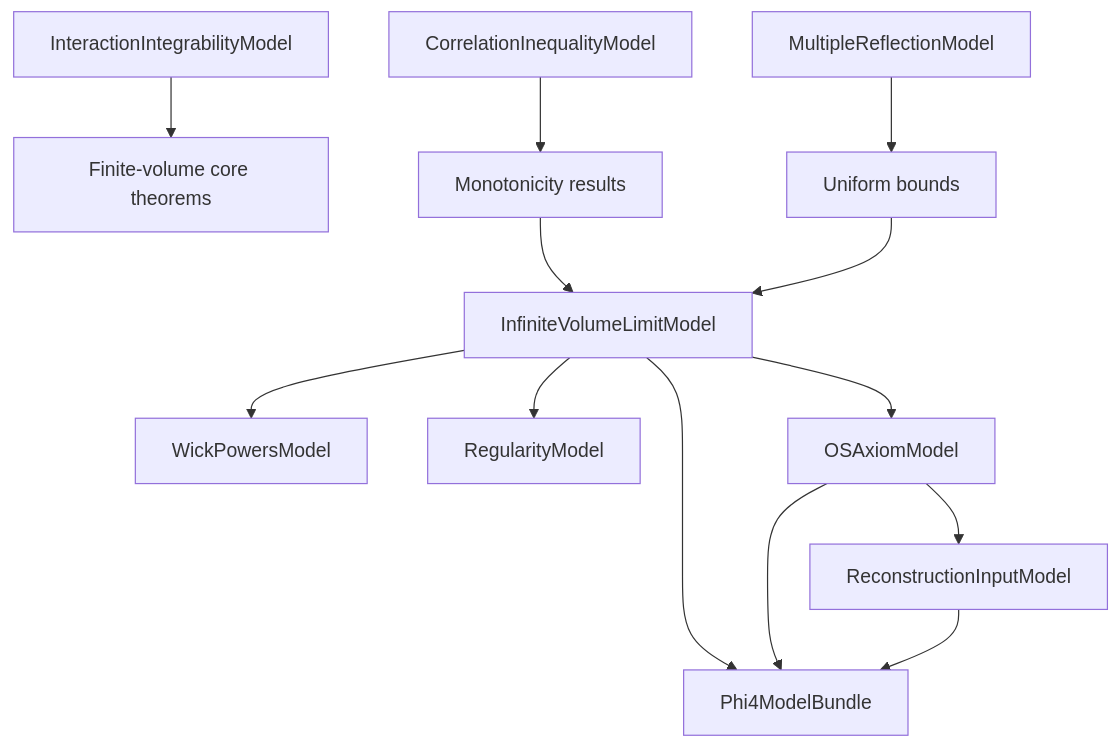
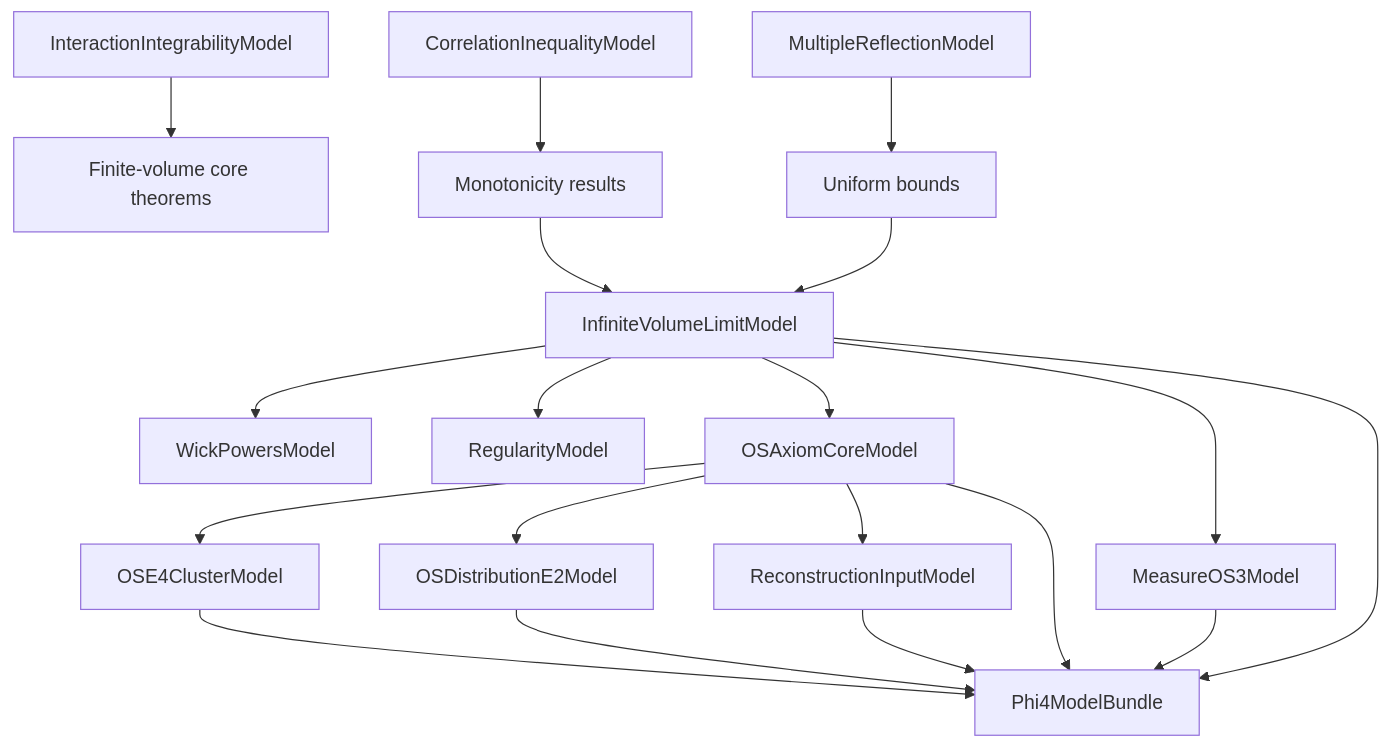
The third of 3 diagrams in TODO.md (xiyin137/Phi4), drawn with Mermaid before and after one commit. The commit also changed other lines of this file and 1 other file, not shown here.

````diff
--- a/TODO.md
+++ b/TODO.md
@@ -62,15 +65,21 @@
 ```mermaid
 flowchart TD
   IIM[InteractionIntegrabilityModel] --> FVMCore[Finite-volume core theorems]
   CIM[CorrelationInequalityModel] --> Mono[Monotonicity results]
   MRM[MultipleReflectionModel] --> UB[Uniform bounds]
   Mono --> IVLM[InfiniteVolumeLimitModel]
   UB --> IVLM
   IVLM --> WPM[WickPowersModel]
   IVLM --> RM[RegularityModel]
-  IVLM --> OSM[OSAxiomModel]
-  OSM --> RIM[ReconstructionInputModel]
+  IVLM --> OSMC[OSAxiomCoreModel]
+  OSMC --> OSE4[OSE4ClusterModel]
+  OSMC --> OSE2[OSDistributionE2Model]
+  IVLM --> OSM3[MeasureOS3Model]
+  OSMC --> RIM[ReconstructionInputModel]
   IVLM --> Bundle[Phi4ModelBundle]
-  OSM --> Bundle
+  OSMC --> Bundle
+  OSE4 --> Bundle
+  OSE2 --> Bundle
+  OSM3 --> Bundle
   RIM --> Bundle
 ```
````
